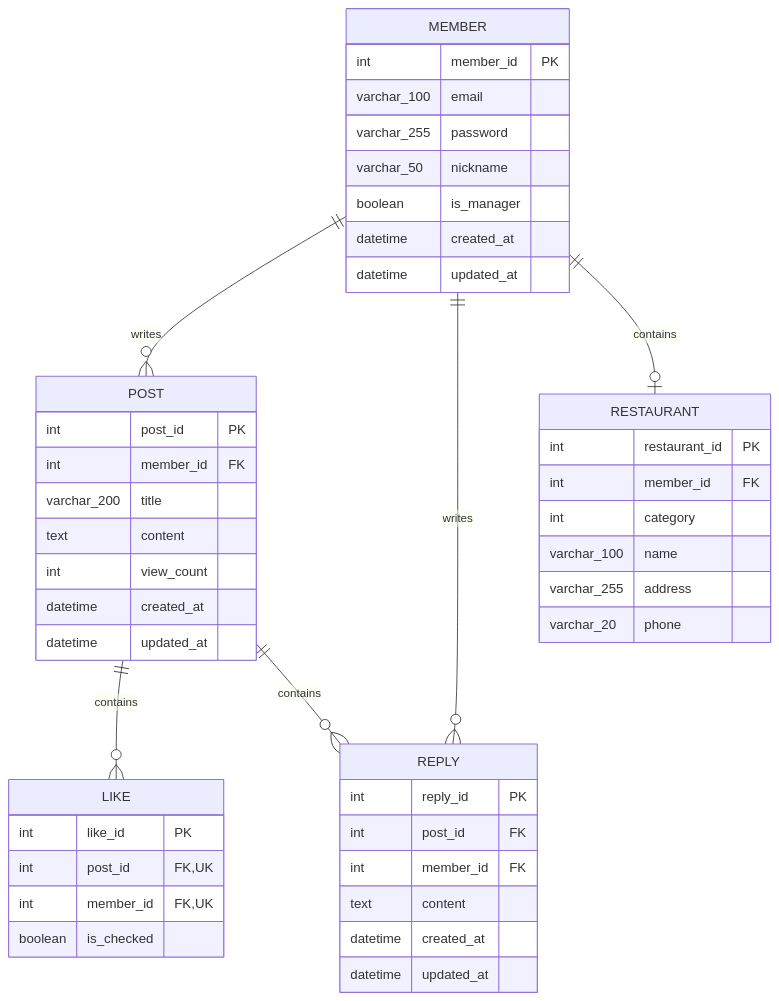
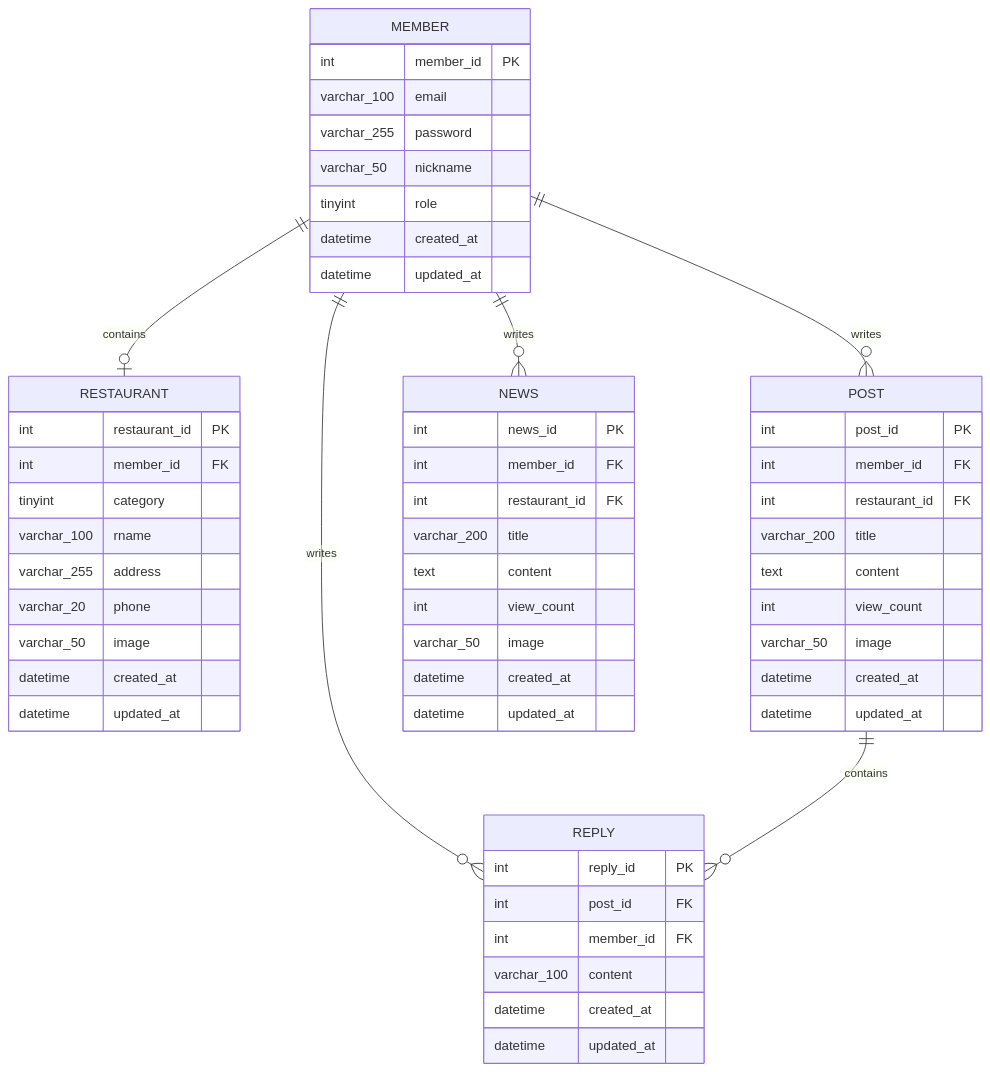
Before and after one commit to Vioeon/byte_and_bite: the diagram in docs/02_design/02_erd.md, drawn with Mermaid. The commit also changed other lines of this file and 2 other files, not shown here.

````diff
--- a/docs/02_design/02_erd.md
+++ b/docs/02_design/02_erd.md
@@ -13,53 +13,63 @@
 ```mermaid
 erDiagram
+    MEMBER ||--o| RESTAURANT : contains
     MEMBER ||--o{ POST : writes
     MEMBER ||--o{ REPLY : writes
-    MEMBER ||--o| RESTAURANT : contains
-    POST ||--o{ LIKE : contains
+    MEMBER ||--o{ NEWS : writes
     POST ||--o{ REPLY : contains
 
     MEMBER {
         int member_id PK
         varchar_100 email
         varchar_255 password
         varchar_50 nickname
-        boolean is_manager
+        tinyint role
         datetime created_at
         datetime updated_at
     }
     
     RESTAURANT {
         int restaurant_id PK
         int member_id FK
-        int category
-        varchar_100 name
+        tinyint category
+        varchar_100 rname
         varchar_255 address
         varchar_20 phone
+        varchar_50 image
+        datetime created_at
+        datetime updated_at
     }
 
     POST {
         int post_id PK
         int member_id FK
+        int restaurant_id FK
         varchar_200 title
         text content
         int view_count
+        varchar_50 image
         datetime created_at
         datetime updated_at
     }
     
-    LIKE {
-        int like_id PK
-        int post_id FK, UK
-        int member_id FK, UK
-        boolean is_checked
+    NEWS {
+        int news_id PK
+        int member_id FK
+        int restaurant_id FK
+        varchar_200 title
+        text content
+        int view_count
+        varchar_50 image
+        datetime created_at
+        datetime updated_at
     }
 
     REPLY {
         int reply_id PK
         int post_id FK
         int member_id FK
-        text content
+        varchar_100 content
         datetime created_at
         datetime updated_at
     }
 ```
````
